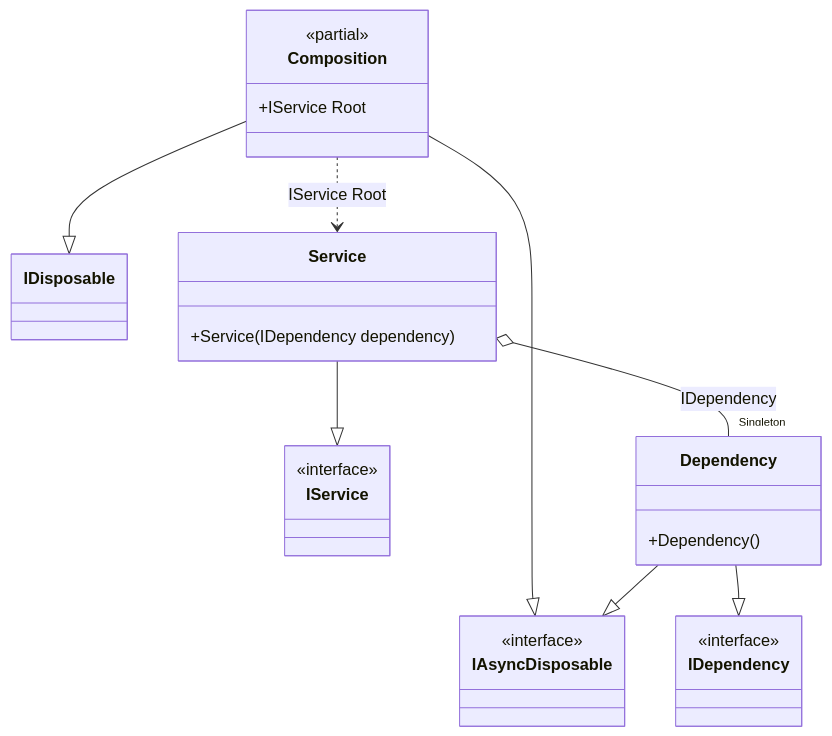
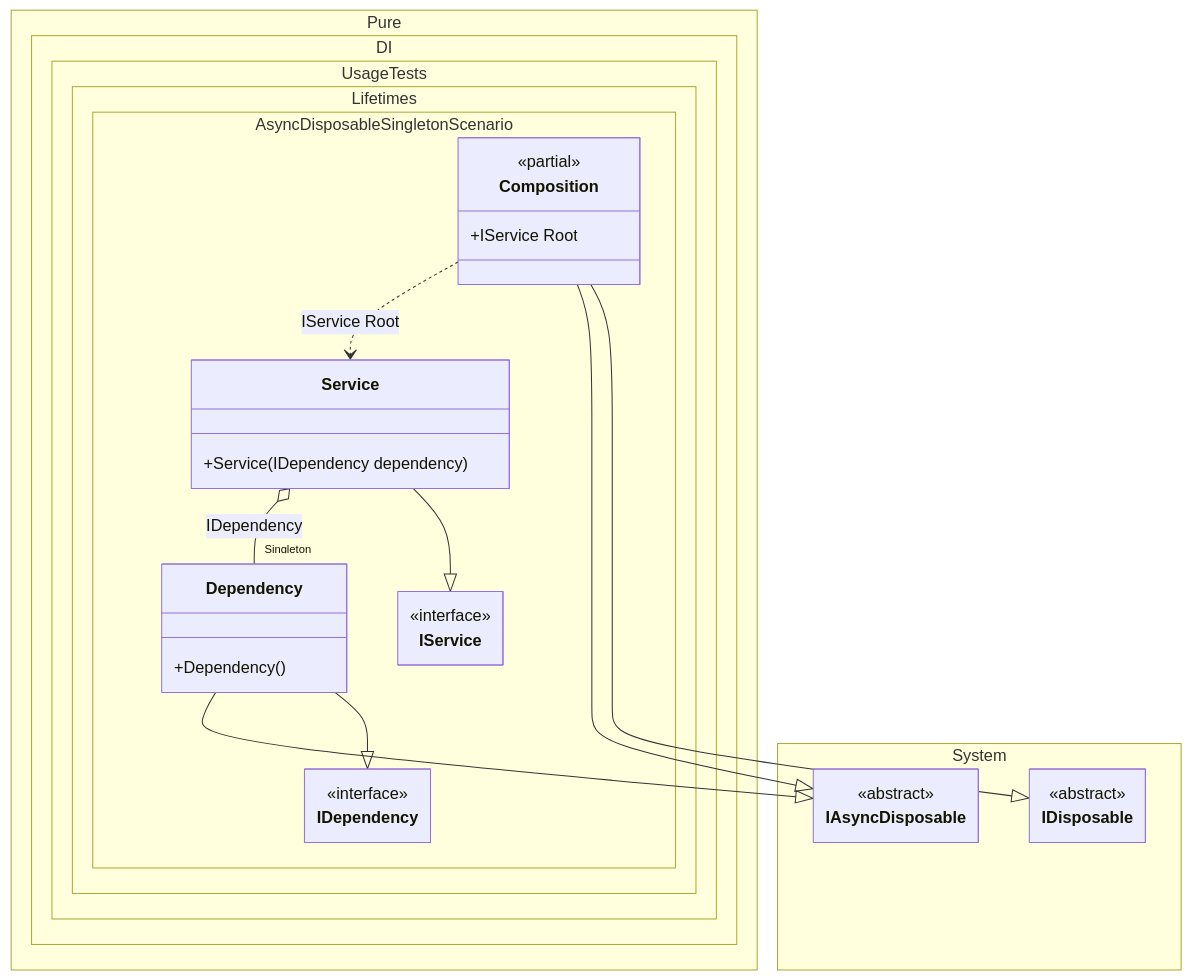
One commit to DevTeam/Pure.DI changed the diagram in readme/async-disposable-singleton.md. Above: the diagram before and after it, drawn with Mermaid. The commit also changed 103 other files, not shown here.

Commit message:
Improved class diagrams

````diff
--- a/readme/async-disposable-singleton.md
+++ b/readme/async-disposable-singleton.md
@@ -179,29 +179,41 @@
 ```mermaid
+---
+ config:
+  class:
+   hideEmptyMembersBox: true
+---
 classDiagram
-	class Composition {
-		<<partial>>
-		+IService Root
-	}
 	Composition --|> IDisposable
 	Composition --|> IAsyncDisposable
 	Service --|> IService
-	class Service {
-		+Service(IDependency dependency)
-	}
 	Dependency --|> IDependency
 	Dependency --|> IAsyncDisposable
-	class Dependency {
-		+Dependency()
-	}
-	class IService {
-		<<interface>>
-	}
-	class IDependency {
-		<<interface>>
-	}
-	class IAsyncDisposable {
-		<<interface>>
-	}
 	Composition ..> Service : IService Root
 	Service o-- "Singleton" Dependency : IDependency
+	namespace Pure.DI.UsageTests.Lifetimes.AsyncDisposableSingletonScenario {
+		class Composition {
+		<<partial>>
+		+IService Root
+		}
+		class Dependency {
+			+Dependency()
+		}
+		class IDependency {
+			<<interface>>
+		}
+		class IService {
+			<<interface>>
+		}
+		class Service {
+			+Service(IDependency dependency)
+		}
+	}
+	namespace System {
+		class IAsyncDisposable {
+			<<abstract>>
+		}
+		class IDisposable {
+			<<abstract>>
+		}
+	}
 ```
````
